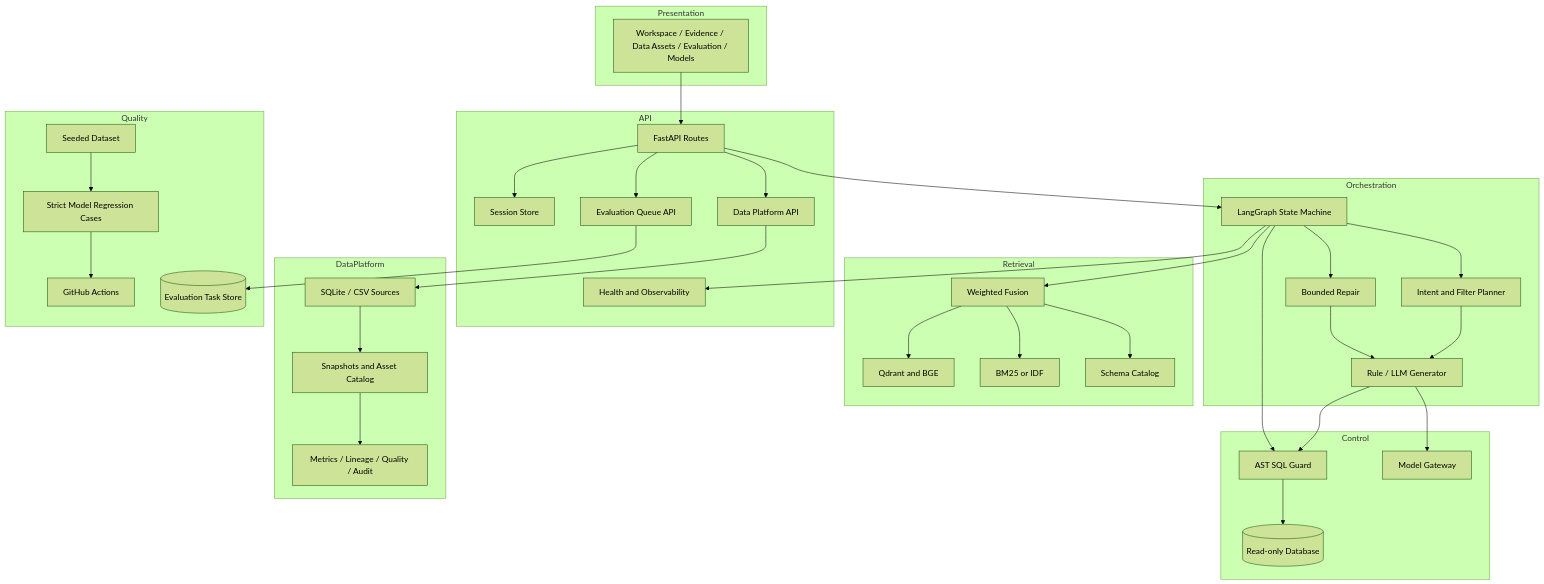
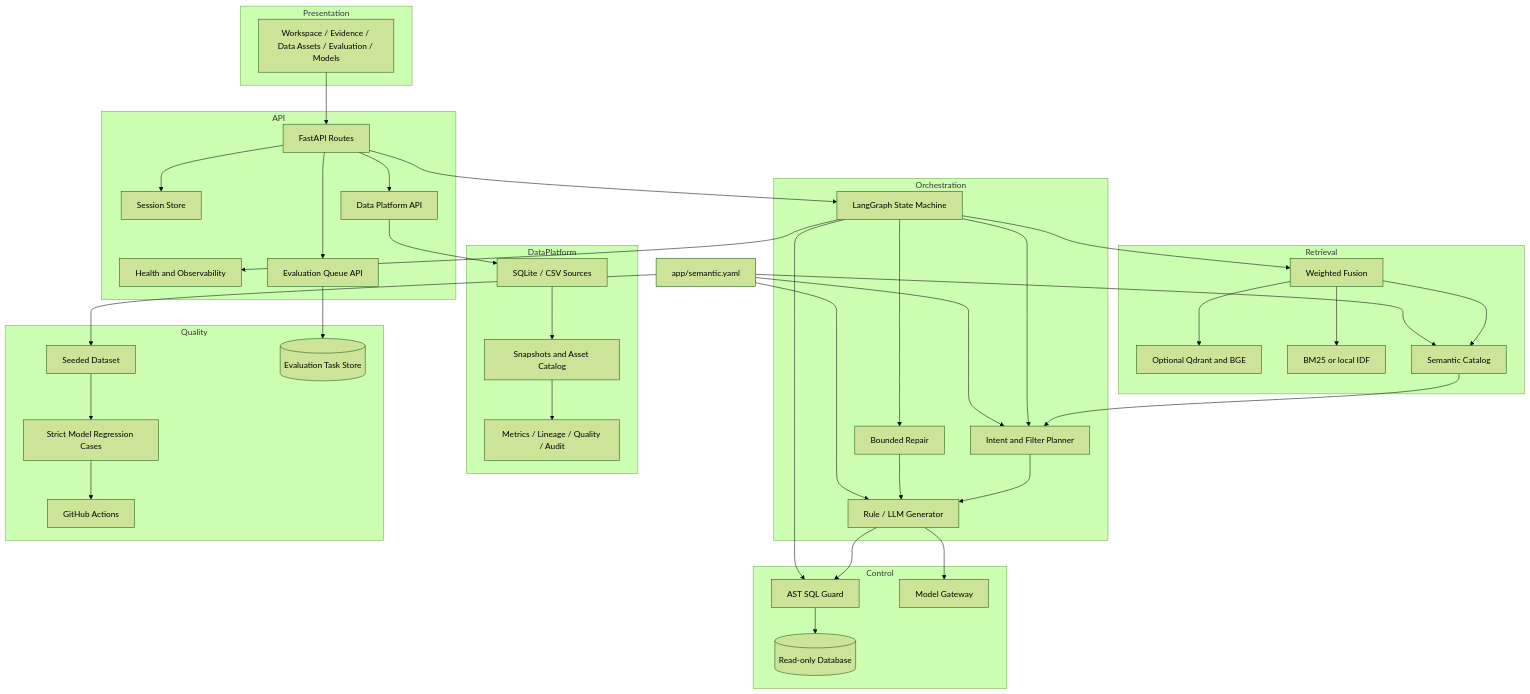
The first of 3 diagrams in docs/ARCHITECTURE.md (sun-sh/atlas-bi-nl2sql), drawn with Mermaid (forest theme) before and after one commit. The commit also changed other lines of this file and 50 other files, not shown here.

````diff
--- a/docs/ARCHITECTURE.md
+++ b/docs/ARCHITECTURE.md
@@ -24,72 +26,77 @@
 ```mermaid
 flowchart TB
     subgraph Presentation
         UI[Workspace / Evidence / Data Assets / Evaluation / Models]
     end
 
     subgraph API
         Routes[FastAPI Routes]
         Sessions[Session Store]
         Health[Health and Observability]
         Tasks[Evaluation Queue API]
         Platform[Data Platform API]
     end
 
     subgraph Orchestration
         Graph[LangGraph State Machine]
         Planner[Intent and Filter Planner]
         Generator[Rule / LLM Generator]
         Repair[Bounded Repair]
     end
 
     subgraph Retrieval
         Fusion[Weighted Fusion]
-        Semantic[Qdrant and BGE]
-        Lexical[BM25 or IDF]
-        Catalog[Schema Catalog]
+        Semantic[Optional Qdrant and BGE]
+        Lexical[BM25 or local IDF]
+        Catalog[Semantic Catalog]
     end
 
     subgraph Control
         Guard[AST SQL Guard]
         ReadOnly[(Read-only Database)]
         Gateway[Model Gateway]
     end
 
     subgraph DataPlatform
         Sources[SQLite / CSV Sources]
         Snapshots[Snapshots and Asset Catalog]
         Governance[Metrics / Lineage / Quality / Audit]
     end
 
     subgraph Quality
         Fixtures[Seeded Dataset]
         Golden[Strict Model Regression Cases]
         CI[GitHub Actions]
         TaskStore[(Evaluation Task Store)]
     end
 
     UI --> Routes
     Routes --> Sessions
     Routes --> Graph
     Routes --> Tasks
     Routes --> Platform
     Platform --> Sources
     Sources --> Snapshots
     Snapshots --> Governance
     Tasks --> TaskStore
     Graph --> Fusion
     Fusion --> Semantic
     Fusion --> Lexical
     Fusion --> Catalog
+    Catalog --> Planner
     Graph --> Planner
     Planner --> Generator
     Generator --> Gateway
     Generator --> Guard
     Graph --> Guard
     Guard --> ReadOnly
     Graph --> Repair
     Repair --> Generator
     Graph --> Health
+    SemanticYaml[app/semantic.yaml] --> Catalog
+    SemanticYaml --> Planner
+    SemanticYaml --> Generator
+    SemanticYaml --> Fixtures
     Fixtures --> Golden
     Golden --> CI
 ```
````
